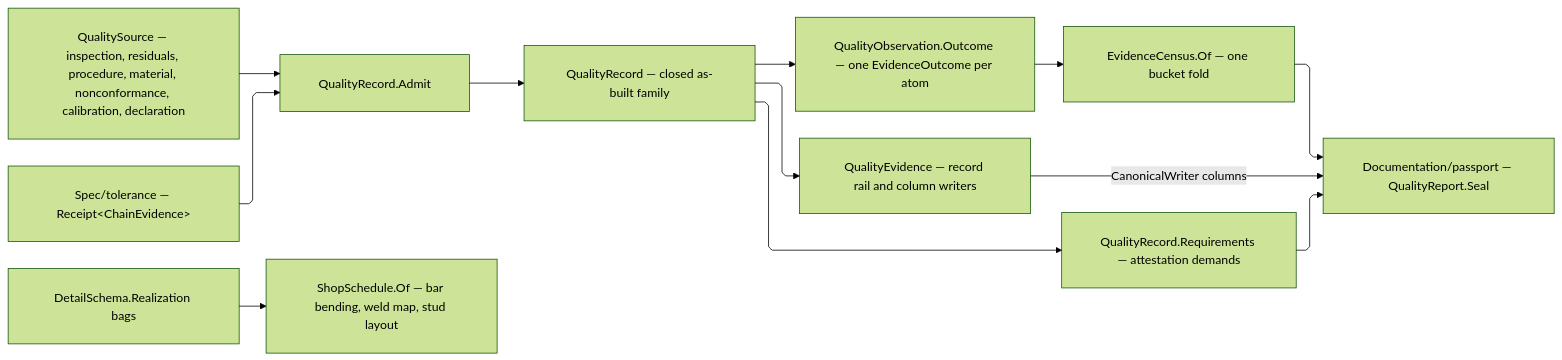
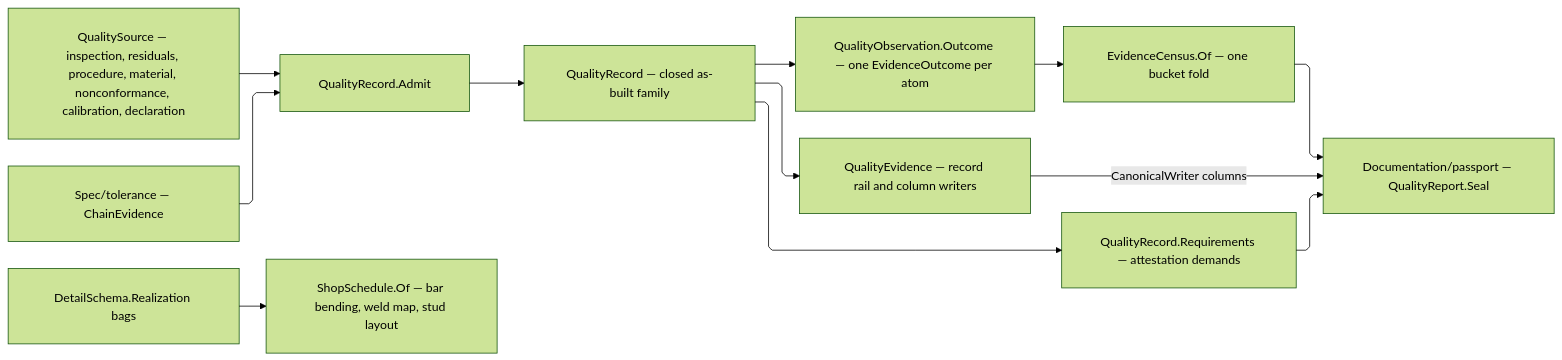
One commit to bsamiee/Rasm changed the diagram in libs/dotnet/Rasm.Fabrication/.planning/Documentation/report.md. Above: the diagram before and after it, drawn with Mermaid (forest theme). The commit also changed other lines of this file and 1417 other files, not shown here.

````diff
--- a/libs/dotnet/Rasm.Fabrication/.planning/Documentation/report.md
+++ b/libs/dotnet/Rasm.Fabrication/.planning/Documentation/report.md
@@ -1608,23 +1608,23 @@
 ```mermaid
 ---
 config:
   layout: elk
   flowchart:
     curve: linear
     padding: 25
 ---
 flowchart LR
     accTitle: Quality record admission
     accDescr: One quality source admits into a typed record, every atom projects to one evidence outcome that folds into a bucket census, the record plane hands its columns and attestation demands to the passport seal, and realization bags fold separately into shop schedule deliverables.
     Source["QualitySource — inspection, residuals, procedure, material, nonconformance, calibration, declaration"] --> Admit["QualityRecord.Admit"]
     Admit --> Records["QualityRecord — closed as-built family"]
-    Chain["Spec/tolerance — Receipt&lt;ChainEvidence&gt;"] --> Admit
+    Chain["Spec/tolerance — ChainEvidence"] --> Admit
     Records --> Observations["QualityObservation.Outcome — one EvidenceOutcome per atom"]
     Observations --> Census["EvidenceCensus.Of — one bucket fold"]
     Records --> Demands["QualityRecord.Requirements — attestation demands"]
     Records --> Writer["QualityEvidence — record rail and column writers"]
     Census --> Seal["Documentation/passport — QualityReport.Seal"]
     Demands --> Seal
     Writer -->|"CanonicalWriter columns"| Seal
     Bags["DetailSchema.Realization bags"] --> Schedule["ShopSchedule.Of — bar bending, weld map, stud layout"]
 ```
````
